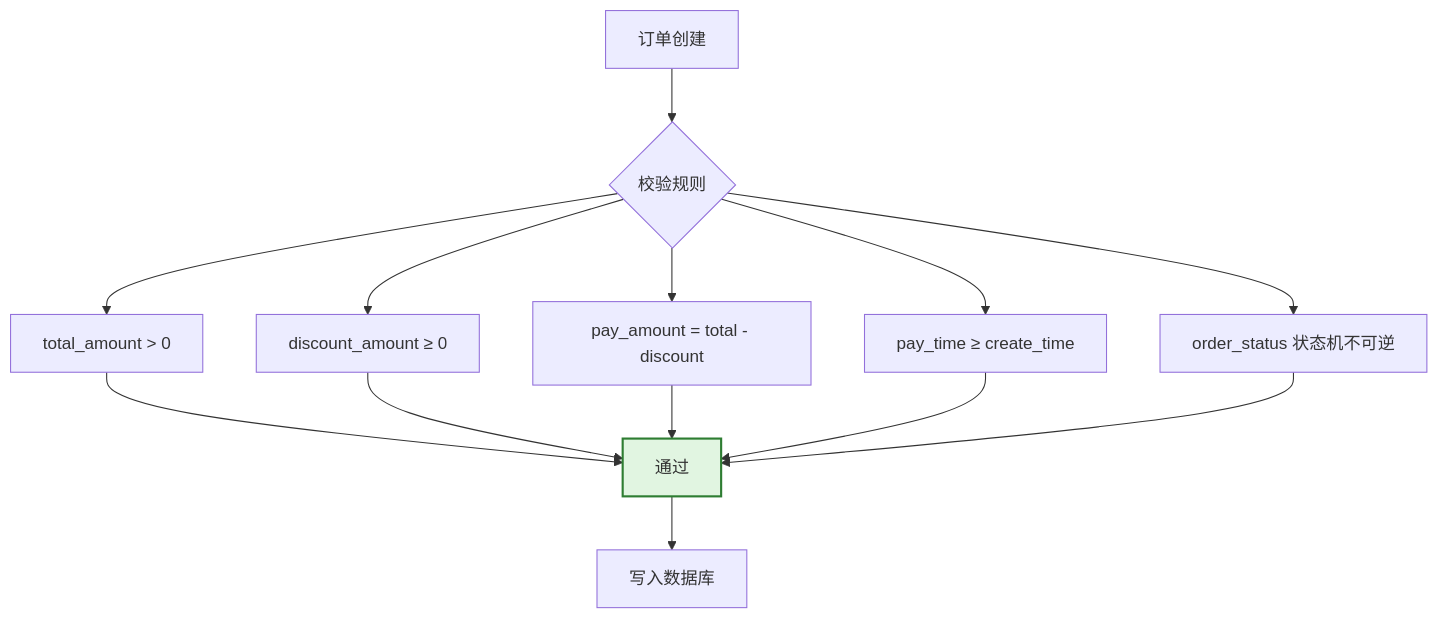
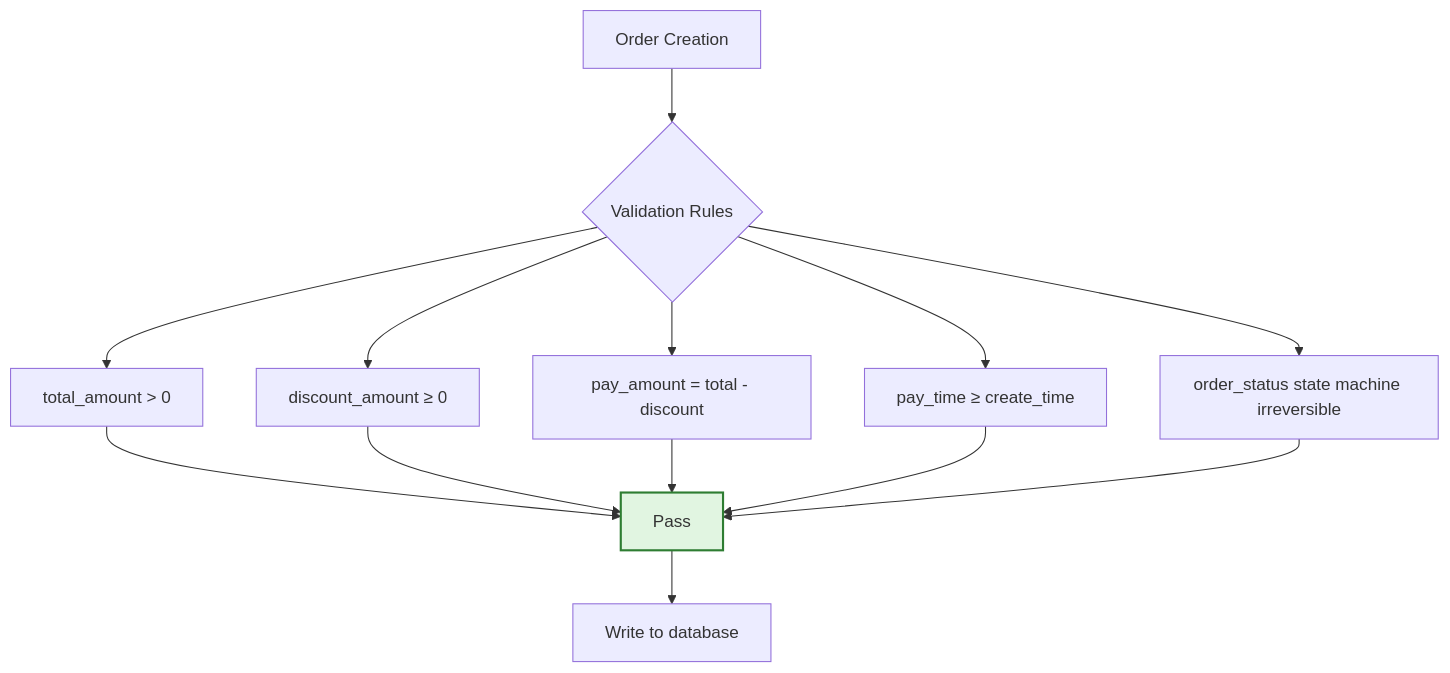
One commit to Kirky-X/cangjie changed the fifth of 11 diagrams in templates/产品/技术层/【模板】数据库设计文档规范.md. Above: the diagram before and after it, drawn with Mermaid. The commit also changed other lines of this file and 60 other files, not shown here.

````diff
--- a/templates/产品/技术层/【模板】数据库设计文档规范.md
+++ b/templates/产品/技术层/【模板】数据库设计文档规范.md
@@ -370,17 +370,17 @@
 ```mermaid
 flowchart TD
-    A[订单创建] --> B{校验规则}
+    A[Order Creation] --> B{Validation Rules}
     B --> C1[total_amount > 0]
     B --> C2[discount_amount ≥ 0]
     B --> C3[pay_amount = total - discount]
     B --> C4[pay_time ≥ create_time]
-    B --> C5[order_status 状态机不可逆]
-    C1 --> D[通过]
+    B --> C5[order_status state machine irreversible]
+    C1 --> D[Pass]
     C2 --> D
     C3 --> D
     C4 --> D
     C5 --> D
-    D --> E[写入数据库]
+    D --> E[Write to database]
 
     style D fill:#e1f5e1,stroke:#2e7d32,stroke-width:2px
 ```
````
